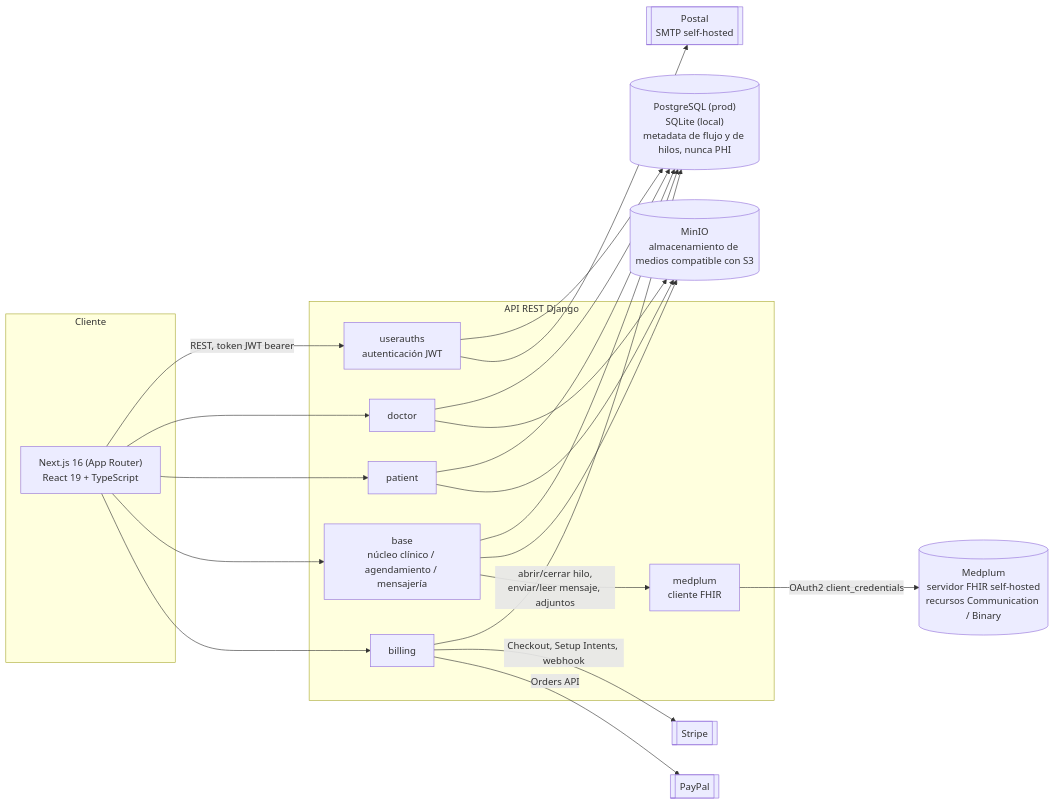
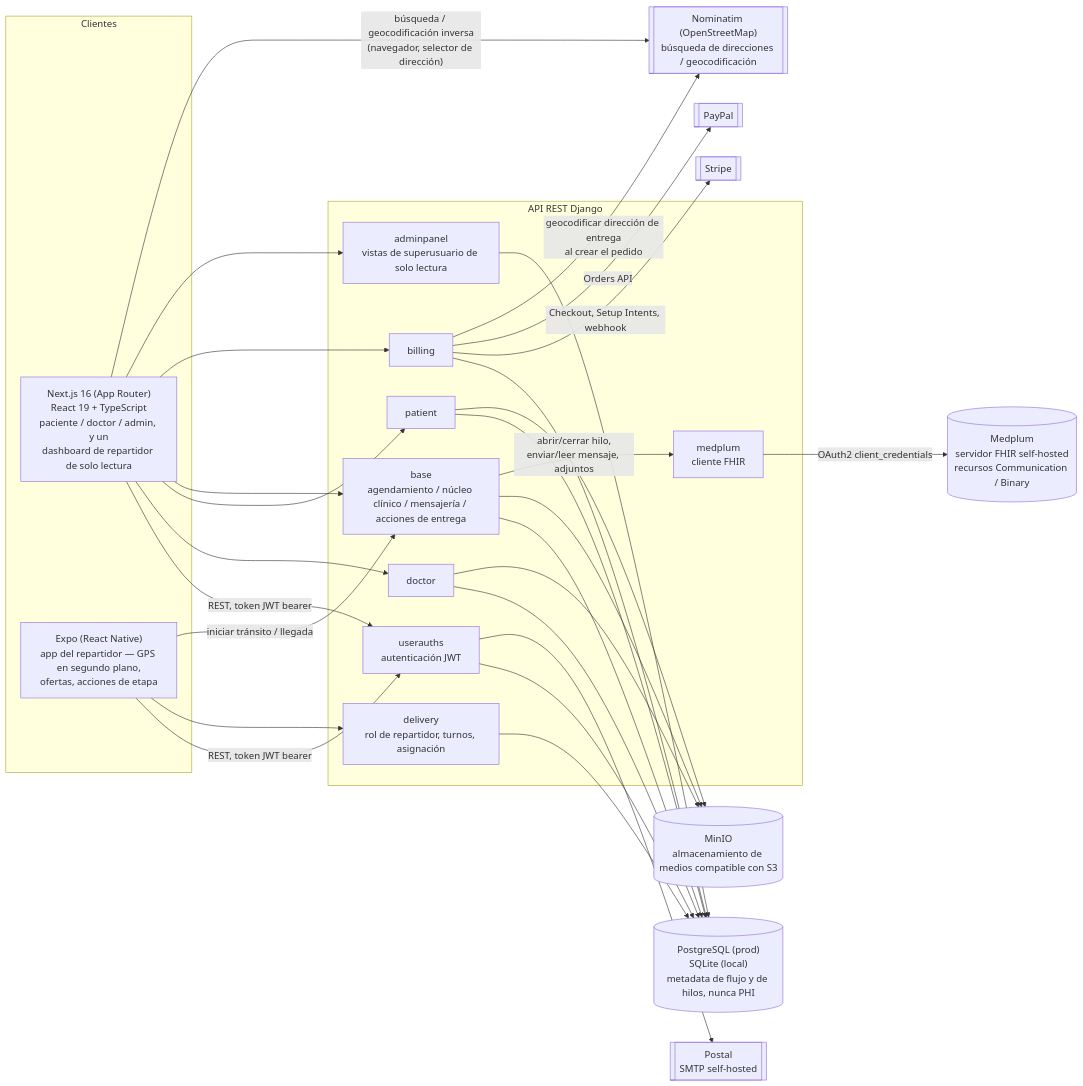
Before and after one commit to cris185/CHOHEALTH: the first of 6 diagrams in README.es.md, drawn with Mermaid. The commit also changed other lines of this file and 1 other file, not shown here.

First line of the commit message:
Document real GPS delivery tracking in the README, replace the simulated-delivery limitation note

````diff
--- a/README.es.md
+++ b/README.es.md
@@ -122,45 +134,57 @@
 ```mermaid
 flowchart LR
-    subgraph client["Cliente"]
-        FE["Next.js 16 (App Router)<br/>React 19 + TypeScript"]
+    subgraph client["Clientes"]
+        FE["Next.js 16 (App Router)<br/>React 19 + TypeScript<br/>paciente / doctor / admin, y un<br/>dashboard de repartidor de solo lectura"]
+        MOBILE["Expo (React Native)<br/>app del repartidor — GPS en segundo plano,<br/>ofertas, acciones de etapa"]
     end
 
     subgraph api["API REST Django"]
         AUTH["userauths<br/>autenticación JWT"]
         DOC["doctor"]
         PAT["patient"]
-        BASE["base<br/>núcleo clínico / agendamiento / mensajería"]
+        BASE["base<br/>agendamiento / núcleo clínico / mensajería / acciones de entrega"]
+        DELIV["delivery<br/>rol de repartidor, turnos, asignación"]
+        ADMIN["adminpanel<br/>vistas de superusuario de solo lectura"]
         BILL["billing"]
         MED["medplum<br/>cliente FHIR"]
     end
 
     DB[("PostgreSQL (prod)<br/>SQLite (local)<br/>metadata de flujo y de hilos, nunca PHI")]
     MINIO[("MinIO<br/>almacenamiento de medios compatible con S3")]
     STRIPE[["Stripe"]]
     PAYPAL[["PayPal"]]
     POSTAL[["Postal<br/>SMTP self-hosted"]]
     MEDPLUM[("Medplum<br/>servidor FHIR self-hosted<br/>recursos Communication / Binary")]
+    NOMINATIM[["Nominatim (OpenStreetMap)<br/>búsqueda de direcciones / geocodificación"]]
 
     FE -->|"REST, token JWT bearer"| AUTH
     FE --> DOC
     FE --> PAT
     FE --> BASE
     FE --> BILL
+    FE --> ADMIN
+    FE -->|"búsqueda / geocodificación inversa<br/>(navegador, selector de dirección)"| NOMINATIM
+    MOBILE -->|"REST, token JWT bearer"| AUTH
+    MOBILE --> DELIV
+    MOBILE -->|"iniciar tránsito / llegada"| BASE
 
     AUTH --> DB
     DOC --> DB
     PAT --> DB
     BASE --> DB
     BILL --> DB
+    DELIV --> DB
+    ADMIN --> DB
 
     DOC --> MINIO
     PAT --> MINIO
     BASE --> MINIO
 
     BASE -->|"abrir/cerrar hilo,<br/>enviar/leer mensaje, adjuntos"| MED
     MED -->|"OAuth2 client_credentials"| MEDPLUM
 
     BILL -->|"Checkout, Setup Intents, webhook"| STRIPE
     BILL -->|"Orders API"| PAYPAL
+    BILL -->|"geocodificar dirección de entrega<br/>al crear el pedido"| NOMINATIM
     AUTH --> POSTAL
 ```
````
